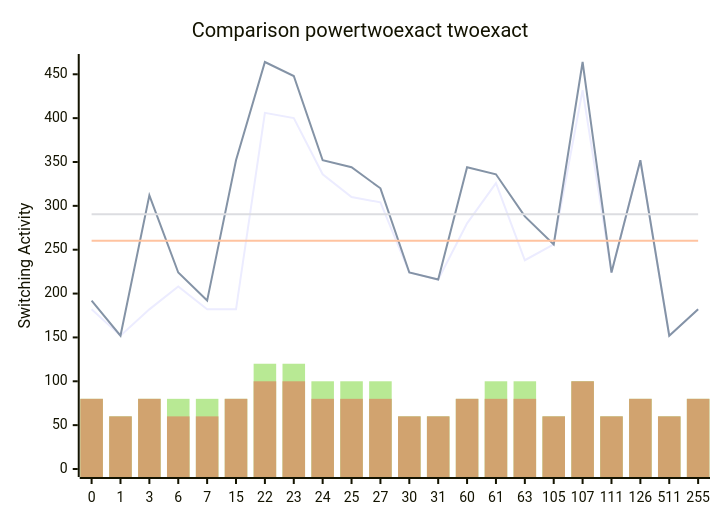
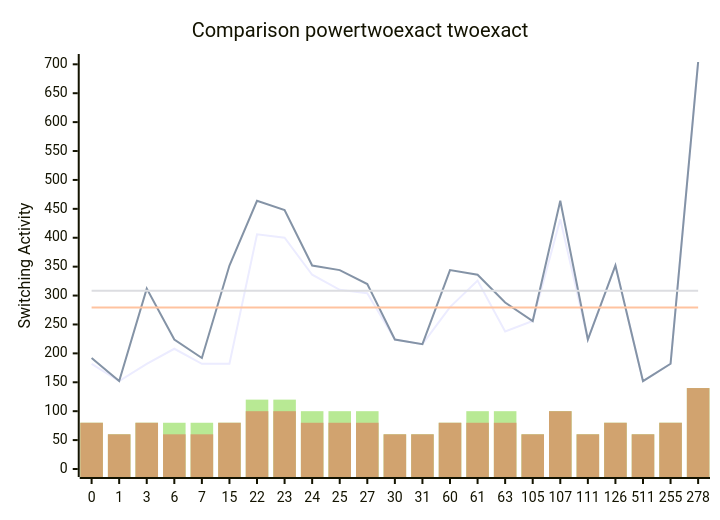
One commit to FeldmeierMichael/Exact-Power-Synthesis changed the diagram in benchmark_opt_500.md. Above: the diagram before and after it, drawn with Mermaid. The commit also changed other lines of this file, not shown here.

````diff
--- a/benchmark_opt_500.md
+++ b/benchmark_opt_500.md
@@ -45,12 +47,12 @@
 ```mermaid
 xychart-beta
     title "Comparison powertwoexact twoexact"
-    x-axis [0, 1, 3, 6, 7, 15, 22, 23, 24, 25, 27, 30, 31, 60, 61, 63, 105, 107, 111, 126, 511, 255]
-    y-axis "Switching Activity" 0-->464
-    line [182, 152, 182, 208, 182, 182, 406, 400, 336, 310, 304, 224, 216, 280, 326, 238, 256, 432, 224, 352, 152, 182]
-    line [192, 152, 312, 224, 192, 352, 464, 448, 352, 344, 320, 224, 216, 344, 336, 288, 256, 464, 224, 352, 152, 182]
-    line [260.27272727272725, 260.27272727272725, 260.27272727272725, 260.27272727272725, 260.27272727272725, 260.27272727272725, 260.27272727272725, 260.27272727272725, 260.27272727272725, 260.27272727272725, 260.27272727272725, 260.27272727272725, 260.27272727272725, 260.27272727272725, 260.27272727272725, 260.27272727272725, 260.27272727272725, 260.27272727272725, 260.27272727272725, 260.27272727272725, 260.27272727272725, 260.27272727272725]
-    line [290.45454545454544, 290.45454545454544, 290.45454545454544, 290.45454545454544, 290.45454545454544, 290.45454545454544, 290.45454545454544, 290.45454545454544, 290.45454545454544, 290.45454545454544, 290.45454545454544, 290.45454545454544, 290.45454545454544, 290.45454545454544, 290.45454545454544, 290.45454545454544, 290.45454545454544, 290.45454545454544, 290.45454545454544, 290.45454545454544, 290.45454545454544, 290.45454545454544]
-    bar [80, 60, 80, 80, 80, 80, 120, 120, 100, 100, 100, 60, 60, 80, 100, 100, 60, 100, 60, 80, 60, 80]
-    bar [80, 60, 80, 60, 60, 80, 100, 100, 80, 80, 80, 60, 60, 80, 80, 80, 60, 100, 60, 80, 60, 80]
+    x-axis [0, 1, 3, 6, 7, 15, 22, 23, 24, 25, 27, 30, 31, 60, 61, 63, 105, 107, 111, 126, 511, 255, 278]
+    y-axis "Switching Activity" 0-->704
+    line [182, 152, 182, 208, 182, 182, 406, 400, 336, 310, 304, 224, 216, 280, 326, 238, 256, 432, 224, 352, 152, 182, 704]
+    line [192, 152, 312, 224, 192, 352, 464, 448, 352, 344, 320, 224, 216, 344, 336, 288, 256, 464, 224, 352, 152, 182, 704]
+    line [279.5652173913044, 279.5652173913044, 279.5652173913044, 279.5652173913044, 279.5652173913044, 279.5652173913044, 279.5652173913044, 279.5652173913044, 279.5652173913044, 279.5652173913044, 279.5652173913044, 279.5652173913044, 279.5652173913044, 279.5652173913044, 279.5652173913044, 279.5652173913044, 279.5652173913044, 279.5652173913044, 279.5652173913044, 279.5652173913044, 279.5652173913044, 279.5652173913044, 279.5652173913044]
+    line [308.4347826086956, 308.4347826086956, 308.4347826086956, 308.4347826086956, 308.4347826086956, 308.4347826086956, 308.4347826086956, 308.4347826086956, 308.4347826086956, 308.4347826086956, 308.4347826086956, 308.4347826086956, 308.4347826086956, 308.4347826086956, 308.4347826086956, 308.4347826086956, 308.4347826086956, 308.4347826086956, 308.4347826086956, 308.4347826086956, 308.4347826086956, 308.4347826086956, 308.4347826086956]
+    bar [80, 60, 80, 80, 80, 80, 120, 120, 100, 100, 100, 60, 60, 80, 100, 100, 60, 100, 60, 80, 60, 80, 140]
+    bar [80, 60, 80, 60, 60, 80, 100, 100, 80, 80, 80, 60, 60, 80, 80, 80, 60, 100, 60, 80, 60, 80, 140]
 ```
````
